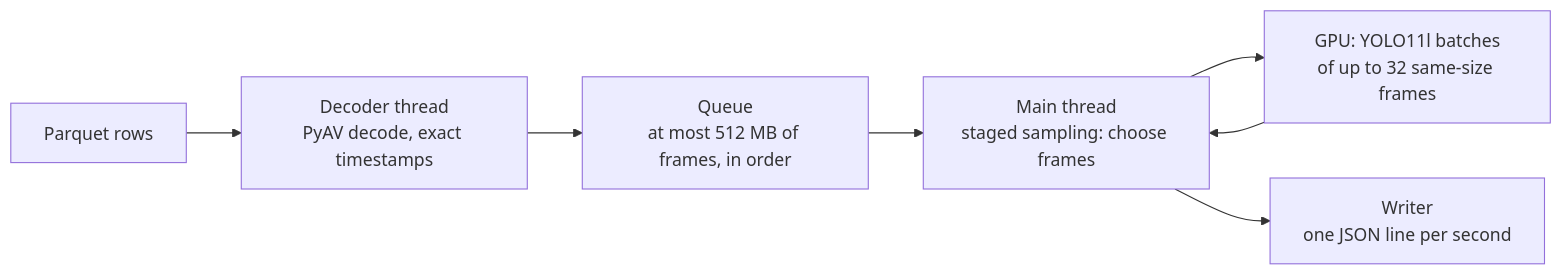
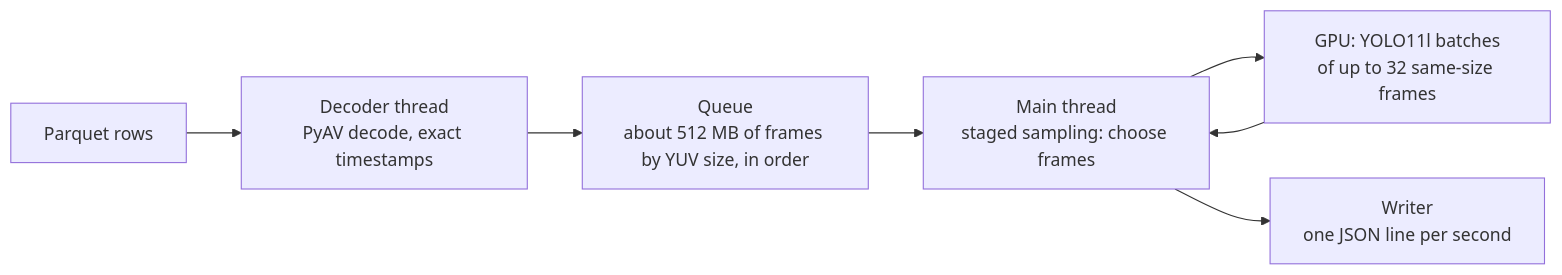
Before and after one commit to MIbrahim-17/alethia-ai-video-indexing: the third of 4 diagrams in APPROACH.md, drawn with Mermaid. The commit also changed other lines of this file and 4 other files, not shown here.

````diff
--- a/APPROACH.md
+++ b/APPROACH.md
@@ -210,9 +210,9 @@
 ```mermaid
 flowchart LR
     P["Parquet rows"] --> D["Decoder thread<br/>PyAV decode, exact timestamps"]
-    D --> Q["Queue<br/>at most 512 MB of frames, in order"]
+    D --> Q["Queue<br/>about 512 MB of frames by YUV size, in order"]
     Q --> M["Main thread<br/>staged sampling: choose frames"]
     M --> G["GPU: YOLO11l batches<br/>of up to 32 same-size frames"]
     G --> M
     M --> O["Writer<br/>one JSON line per second"]
 ```
````
